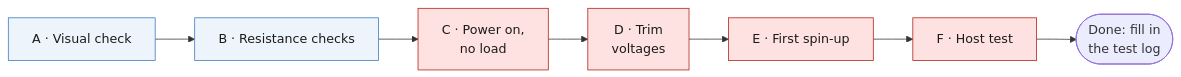
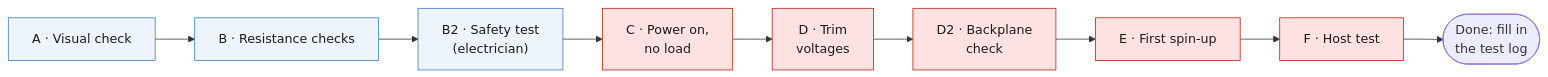
The first of 2 diagrams in docs/05-commissioning-checklist.md (Lukas0923xcv/JBOD), drawn with Mermaid before and after one commit. The commit also changed other lines of this file and 17 other files, not shown here.

````diff
--- a/docs/05-commissioning-checklist.md
+++ b/docs/05-commissioning-checklist.md
@@ -8,8 +8,8 @@
 ```mermaid
 flowchart LR
-    A["A · Visual check"] --> B["B · Resistance checks"] --> C["C · Power on,<br>no load"] --> D["D · Trim<br>voltages"] --> E["E · First spin-up"] --> F["F · Host test"] --> OK(["Done: fill in<br>the test log"])
+    A["A · Visual check"] --> B["B · Resistance checks"] --> B2["B2 · Safety test<br>(electrician)"] --> C["C · Power on,<br>no load"] --> D["D · Trim<br>voltages"] --> D2["D2 · Backplane<br>check"] --> E["E · First spin-up"] --> F["F · Host test"] --> OK(["Done: fill in<br>the test log"])
     classDef off fill:#eef4fb,stroke:#3f7cc0,color:#1b1b1a
     classDef live fill:#fde2e1,stroke:#b42318,color:#1b1b1a
-    class A,B off
-    class C,D,E,F live
+    class A,B,B2 off
+    class C,D,D2,E,F live
 ```
````
